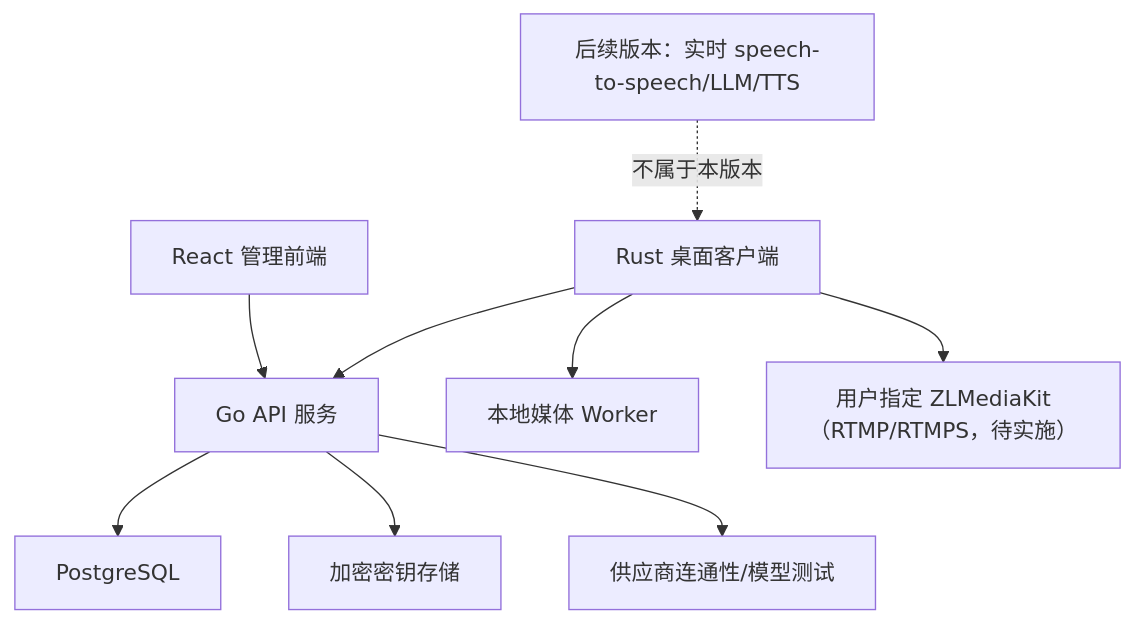
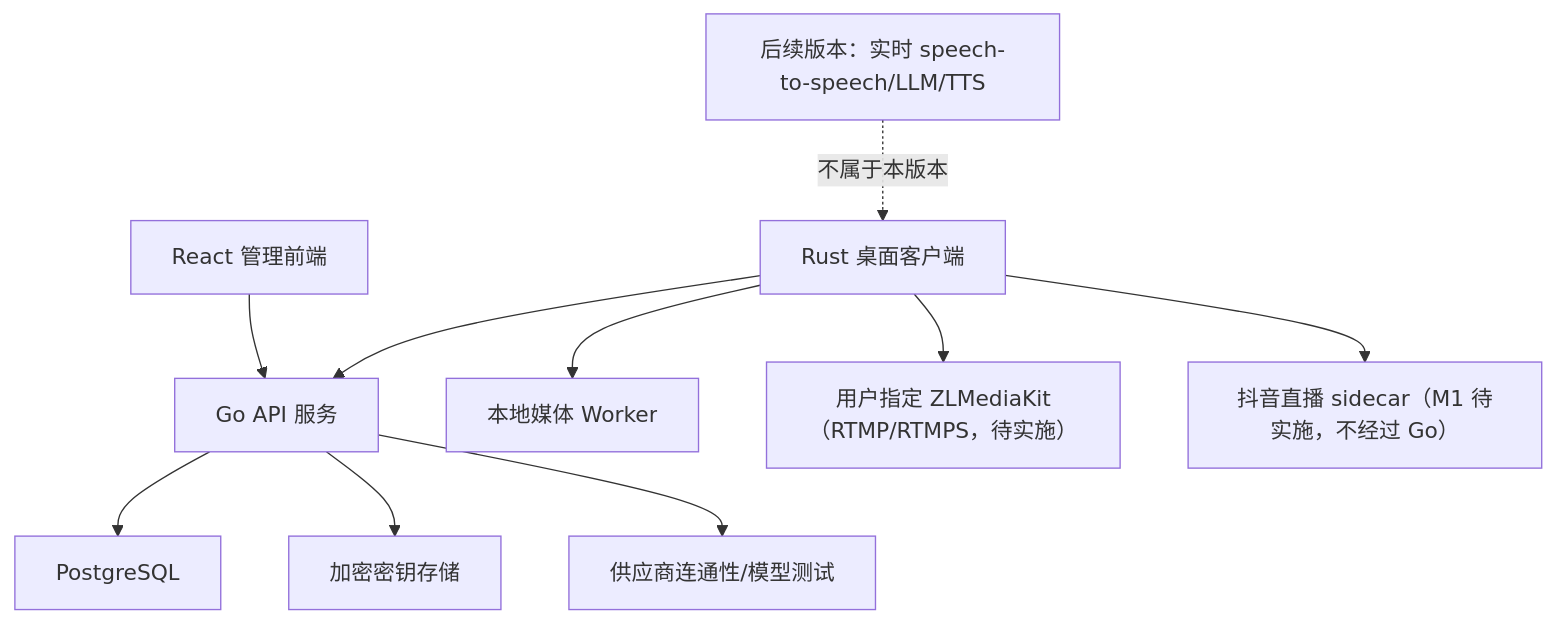
The first of 2 diagrams in 管理系统架构.md (asd494235908/autolive), drawn with Mermaid before and after one commit. The commit also changed other lines of this file and 172 other files, not shown here.

````diff
--- a/管理系统架构.md
+++ b/管理系统架构.md
@@ -26,11 +26,12 @@
 ```mermaid
 flowchart TB
     Browser["React 管理前端"] --> GoAPI["Go API 服务"]
     GoAPI --> PostgreSQL["PostgreSQL"]
     GoAPI --> SecretStore["加密密钥存储"]
     GoAPI --> LLMTest["供应商连通性/模型测试"]
     Desktop["Rust 桌面客户端"] --> GoAPI
     Desktop --> MediaWorker["本地媒体 Worker"]
     Desktop --> ZLM["用户指定 ZLMediaKit（RTMP/RTMPS，待实施）"]
+    Desktop --> Douyin["抖音直播 sidecar（M1 待实施，不经过 Go）"]
     FutureSpeech["后续版本：实时 speech-to-speech/LLM/TTS"] -.不属于本版本.-> Desktop
 ```
````
